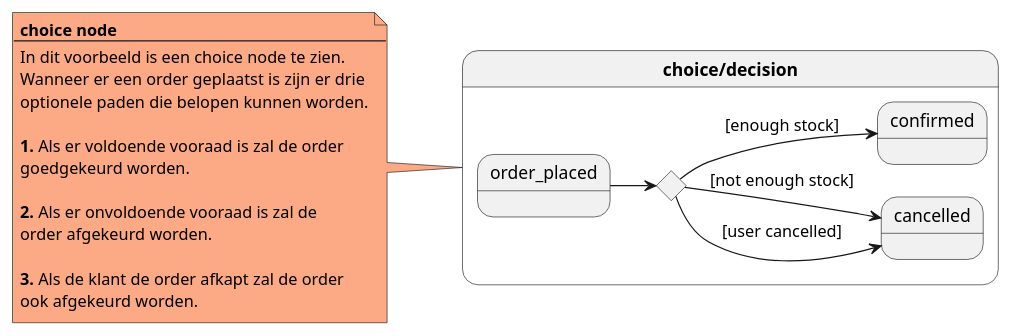
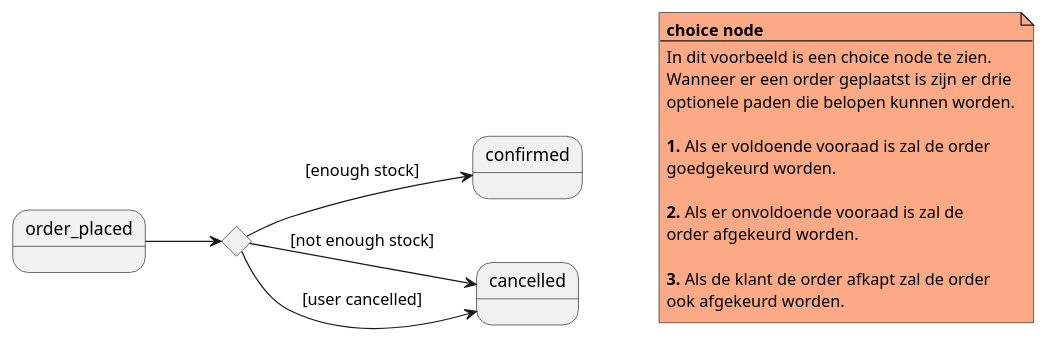
One commit to LukevLuijn/cheat_sheet_osm_mo changed the diagram in plantuml/state/choice_decision.puml. Above: the diagram before and after it, drawn with PlantUML. The commit also changed 28 other files, not shown here.

Commit message:
[cheat-sheet] added colors to all diagrams #2.

```diff
--- a/plantuml/state/choice_decision.puml
+++ b/plantuml/state/choice_decision.puml
@@ -1,31 +1,33 @@
 @startuml
 'https://plantuml.com/state-diagram
 
 left to right direction
 
-state s1 as "**choice/decision**" {
-    state c <<choice>>
+state c <<choice>>
 
-    order_placed --> c
-    c --> confirmed : [enough stock]
-    c --> cancelled : [not enough stock]
-    c --> cancelled : [user cancelled]
-}
+order_placed --> c
+c --> confirmed : [enough stock]
+c --> cancelled : [not enough stock]
+c --> cancelled : [user cancelled]
 
-note left of s1 #FCA985
+
+note as n1 #FCA985
     **choice node**
     --
     In dit voorbeeld is een choice node te zien.
     Wanneer er een order geplaatst is zijn er drie
     optionele paden die belopen kunnen worden.
 
     **1.** Als er voldoende vooraad is zal de order
     goedgekeurd worden.
 
     **2.** Als er onvoldoende vooraad is zal de
     order afgekeurd worden.
 
     **3.** Als de klant de order afkapt zal de order
     ook afgekeurd worden.
 end note
+
+n1 -[hidden]up-> confirmed
+n1 -[hidden]up-> confirmed
 @enduml
```
